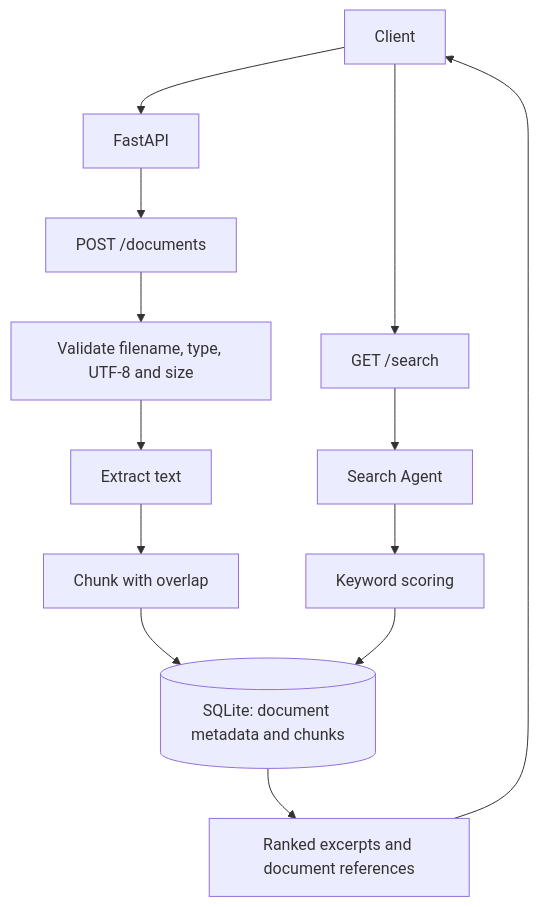
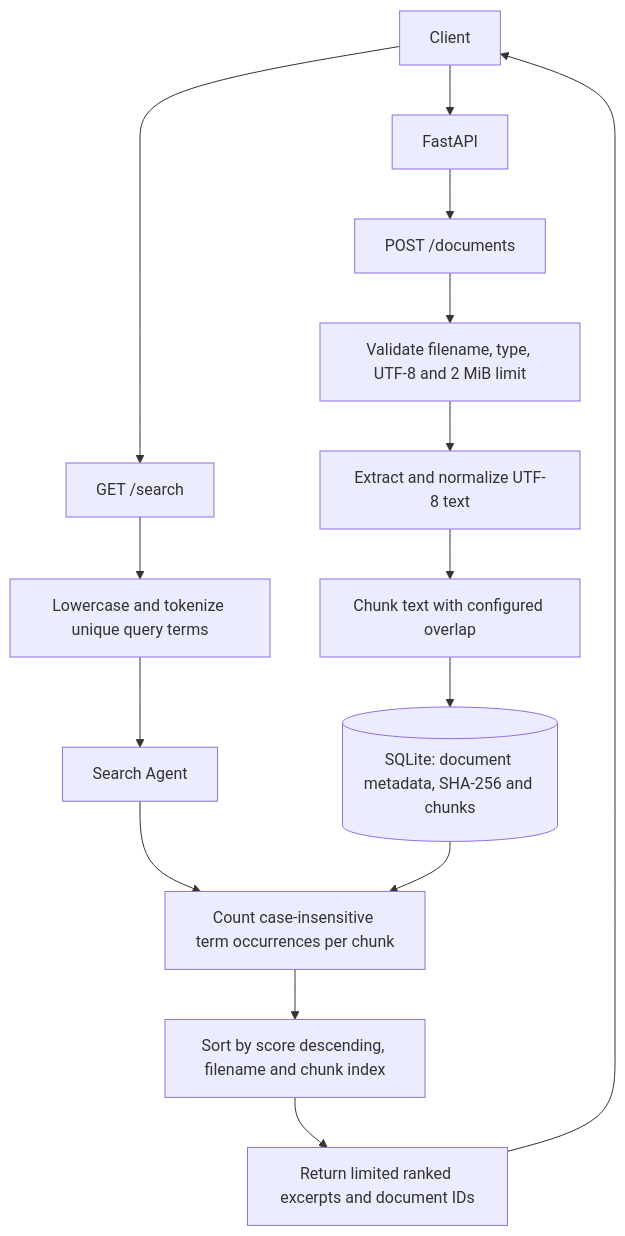
Before and after one commit to Rebs707/enterprise-knowledge-platform: the diagram in diagrams/enterprise-knowledge-platform-architecture.md, drawn with Mermaid. The commit also changed other lines of this file, not shown here.

Commit message:
Detail deterministic keyword retrieval architecture

````diff
--- a/diagrams/enterprise-knowledge-platform-architecture.md
+++ b/diagrams/enterprise-knowledge-platform-architecture.md
@@ -5,16 +5,18 @@
 ```mermaid
 flowchart TD
     U[Client] --> API[FastAPI]
     API --> UP[POST /documents]
-    UP --> V[Validate filename, type, UTF-8 and size]
-    V --> X[Extract text]
-    X --> C[Chunk with overlap]
-    C --> DB[(SQLite: document metadata and chunks)]
+    UP --> V[Validate filename, type, UTF-8 and 2 MiB limit]
+    V --> X[Extract and normalize UTF-8 text]
+    X --> C[Chunk text with configured overlap]
+    C --> DB[(SQLite: document metadata, SHA-256 and chunks)]
 
     U --> Q[GET /search]
-    Q --> SA[Search Agent]
-    SA --> KS[Keyword scoring]
-    KS --> DB
-    DB --> R[Ranked excerpts and document references]
+    Q --> TOK[Lowercase and tokenize unique query terms]
+    TOK --> SA[Search Agent]
+    SA --> KS[Count case-insensitive term occurrences per chunk]
+    DB --> KS
+    KS --> SORT[Sort by score descending, filename and chunk index]
+    SORT --> R[Return limited ranked excerpts and document IDs]
     R --> U
 ```
````
